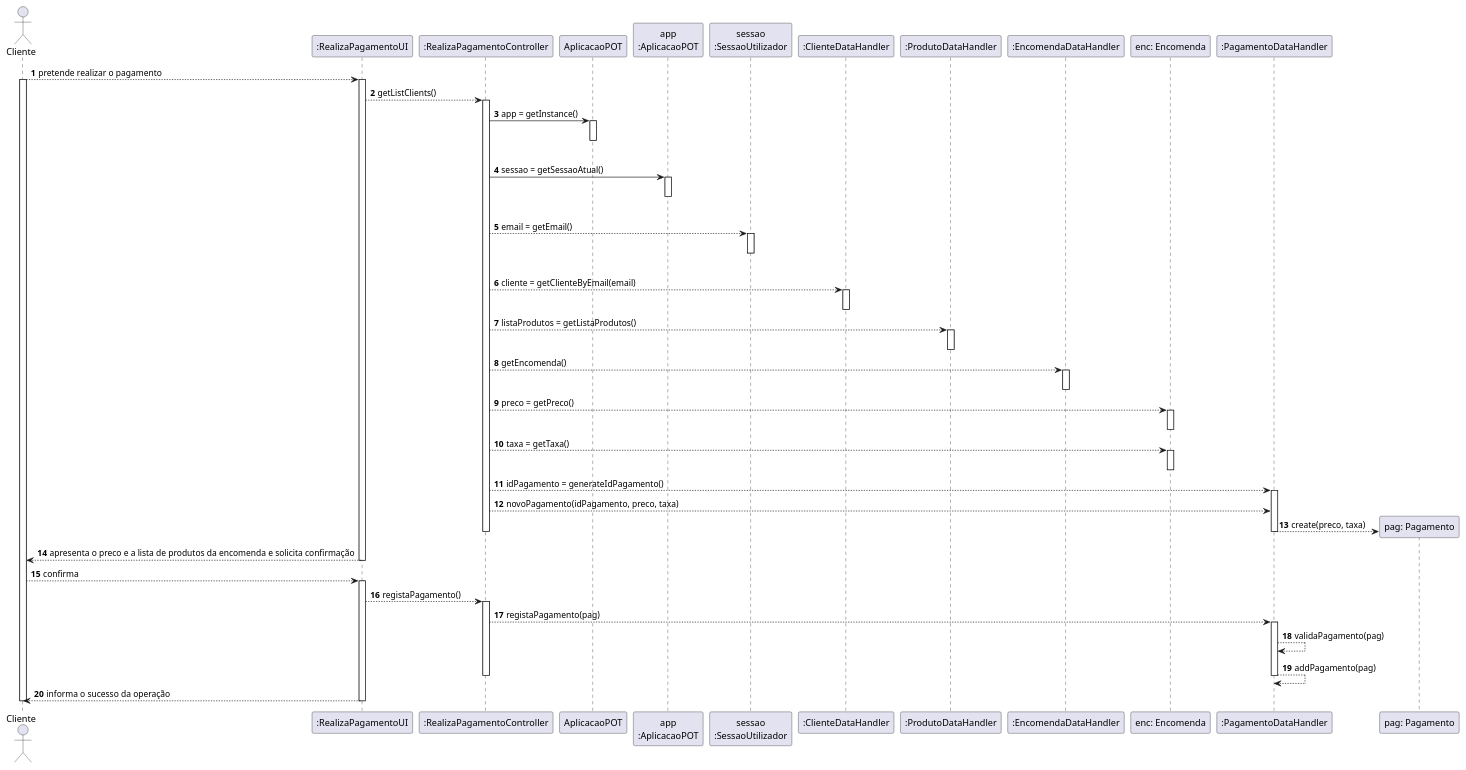
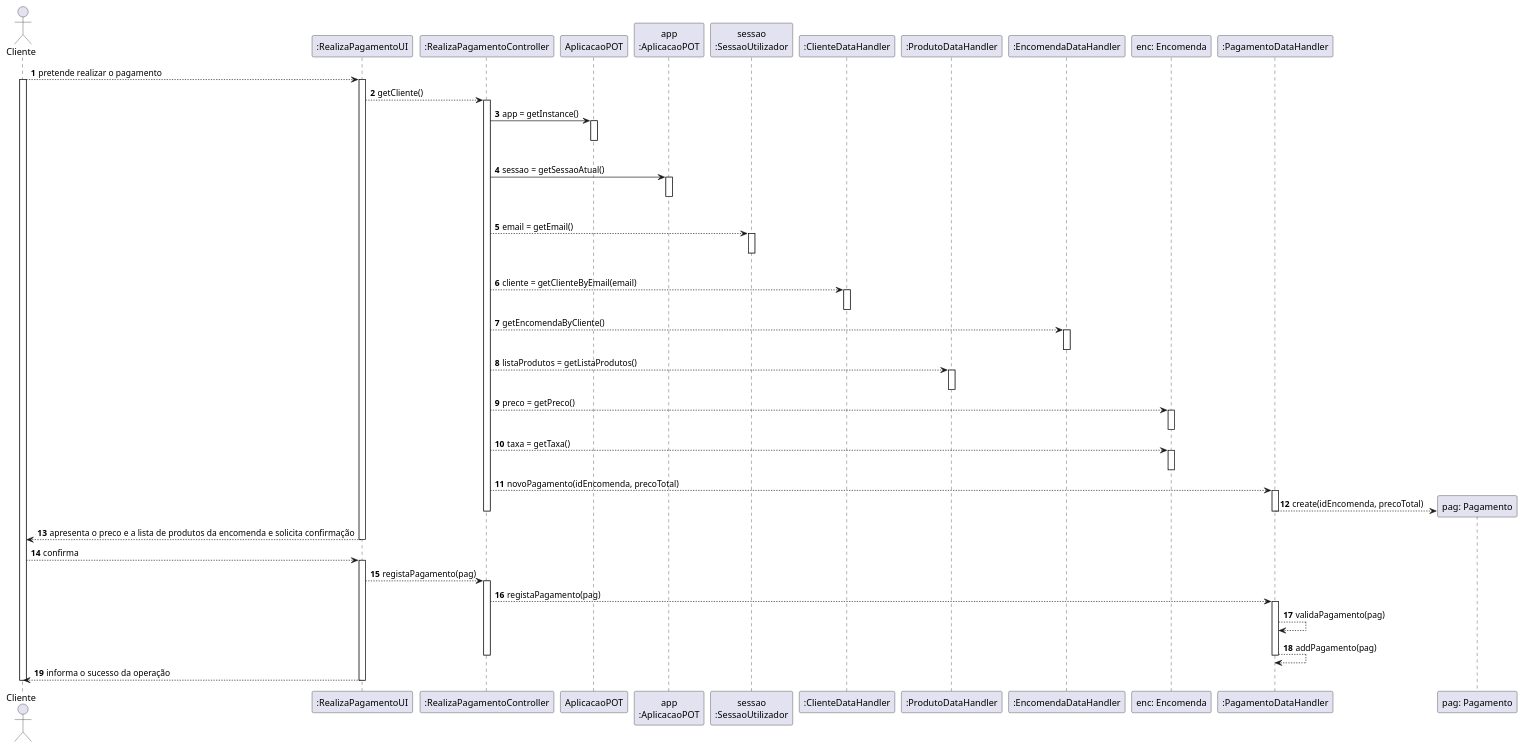
The diagram in docs/UC26/SD.puml (pedrolemos4/LAPR3), drawn with PlantUML before and after one commit. The commit also changed 11 other files, not shown here.

```diff
--- a/docs/UC26/SD.puml
+++ b/docs/UC26/SD.puml
@@ -1,96 +1,94 @@
 @startuml
 autonumber
 'hide footbox
 actor "Cliente" as CLI
 
 participant ":RealizaPagamentoUI" as UI
 participant ":RealizaPagamentoController" as CTRL
 participant "AplicacaoPOT" as _APP
 participant "app\n:AplicacaoPOT" as APP
 participant "sessao\n:SessaoUtilizador" as SESSAO
 participant ":ClienteDataHandler" as CDH
 participant ":ProdutoDataHandler" as PDH
 participant ":EncomendaDataHandler" as EDH
 participant "enc: Encomenda" as ENC
 participant ":PagamentoDataHandler" as PAD
 participant "pag: Pagamento" as PAG
 
 
 CLI --> UI : pretende realizar o pagamento
 activate CLI
 activate UI
 
-UI --> CTRL : getListClients()
+UI --> CTRL : getCliente()
 activate CTRL
 
 CTRL -> _APP: app = getInstance()
 activate _APP
 |||
 deactivate _APP
 
 CTRL -> APP: sessao = getSessaoAtual()
 activate APP
 |||
 deactivate APP
 
 CTRL --> SESSAO : email = getEmail()
 activate SESSAO
 |||
 deactivate SESSAO
 
 
 CTRL --> CDH : cliente = getClienteByEmail(email)
 activate CDH
 deactivate CDH
 
+CTRL --> EDH : getEncomendaByCliente()
+activate EDH
+deactivate EDH
+
 CTRL --> PDH : listaProdutos = getListaProdutos()
 activate PDH
 deactivate PDH
-
-CTRL --> EDH : getEncomenda()
-activate EDH
-deactivate EDH
 
 CTRL --> ENC : preco = getPreco()
 activate ENC
 deactivate ENC
 
 CTRL --> ENC : taxa = getTaxa()
 activate ENC
 deactivate ENC
 
-CTRL --> PAD : idPagamento = generateIdPagamento()
+CTRL --> PAD : novoPagamento(idEncomenda, precoTotal)
 activate PAD
-CTRL --> PAD : novoPagamento(idPagamento, preco, taxa)
-
-PAD --> PAG ** : create(preco, taxa)
+PAD --> PAG ** : create(idEncomenda, precoTotal)
 deactivate PAD
 
 deactivate CTRL
 
 UI --> CLI : apresenta o preco e a lista de produtos da encomenda e solicita confirmação
 deactivate UI
 
 deactivate CTRL
 
 CLI --> UI : confirma
 activate UI
 
-UI --> CTRL : registaPagamento()
+UI --> CTRL : registaPagamento(pag)
 activate CTRL
 
 CTRL --> PAD : registaPagamento(pag)
 activate PAD
 
 PAD --> PAD : validaPagamento(pag)
 PAD --> PAD : addPagamento(pag)
 
 deactivate PAD
 
 deactivate CTRL
 
 UI --> CLI : informa o sucesso da operação
 deactivate UI
 deactivate CLI
 
 @enduml
```
